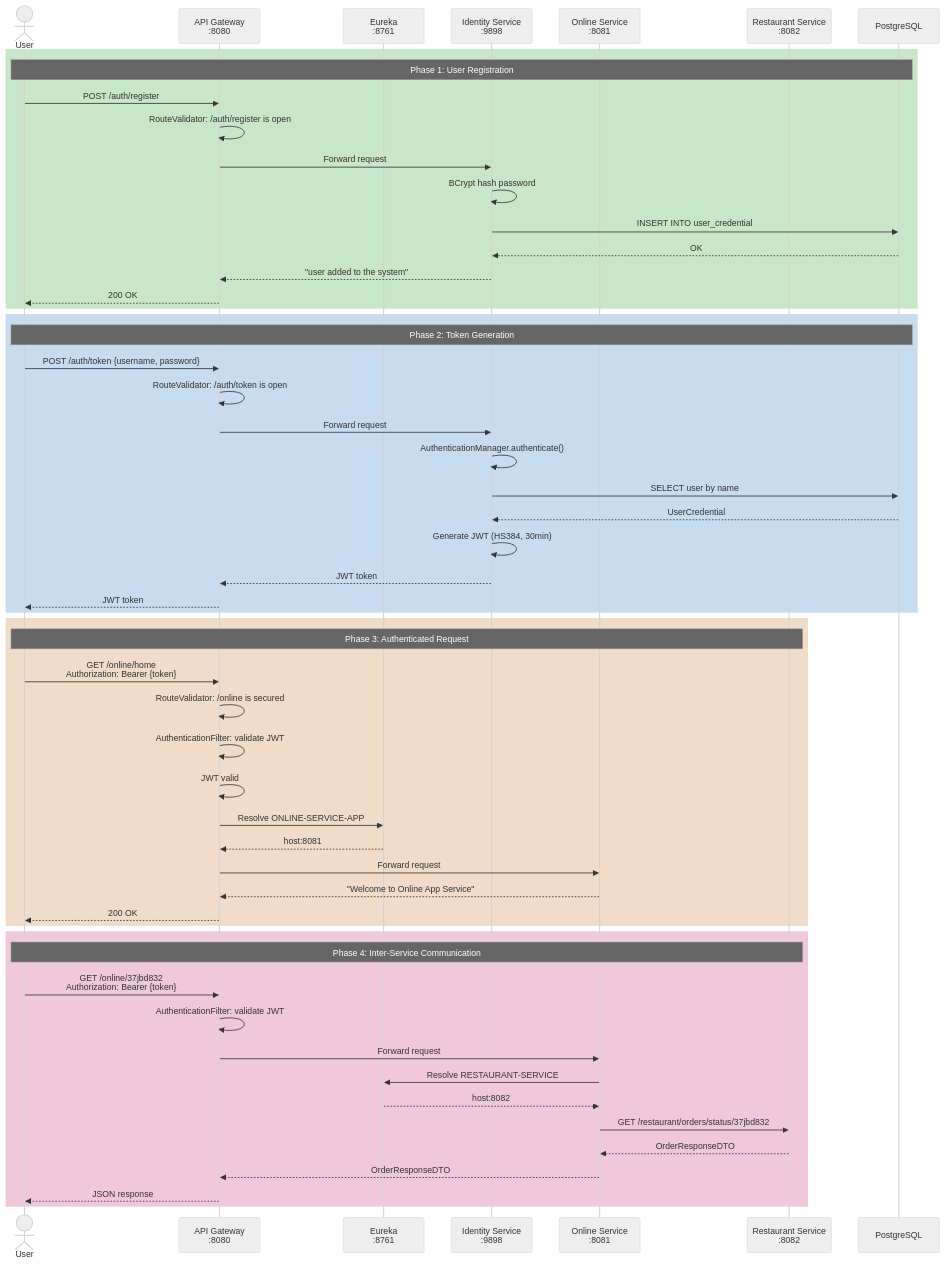
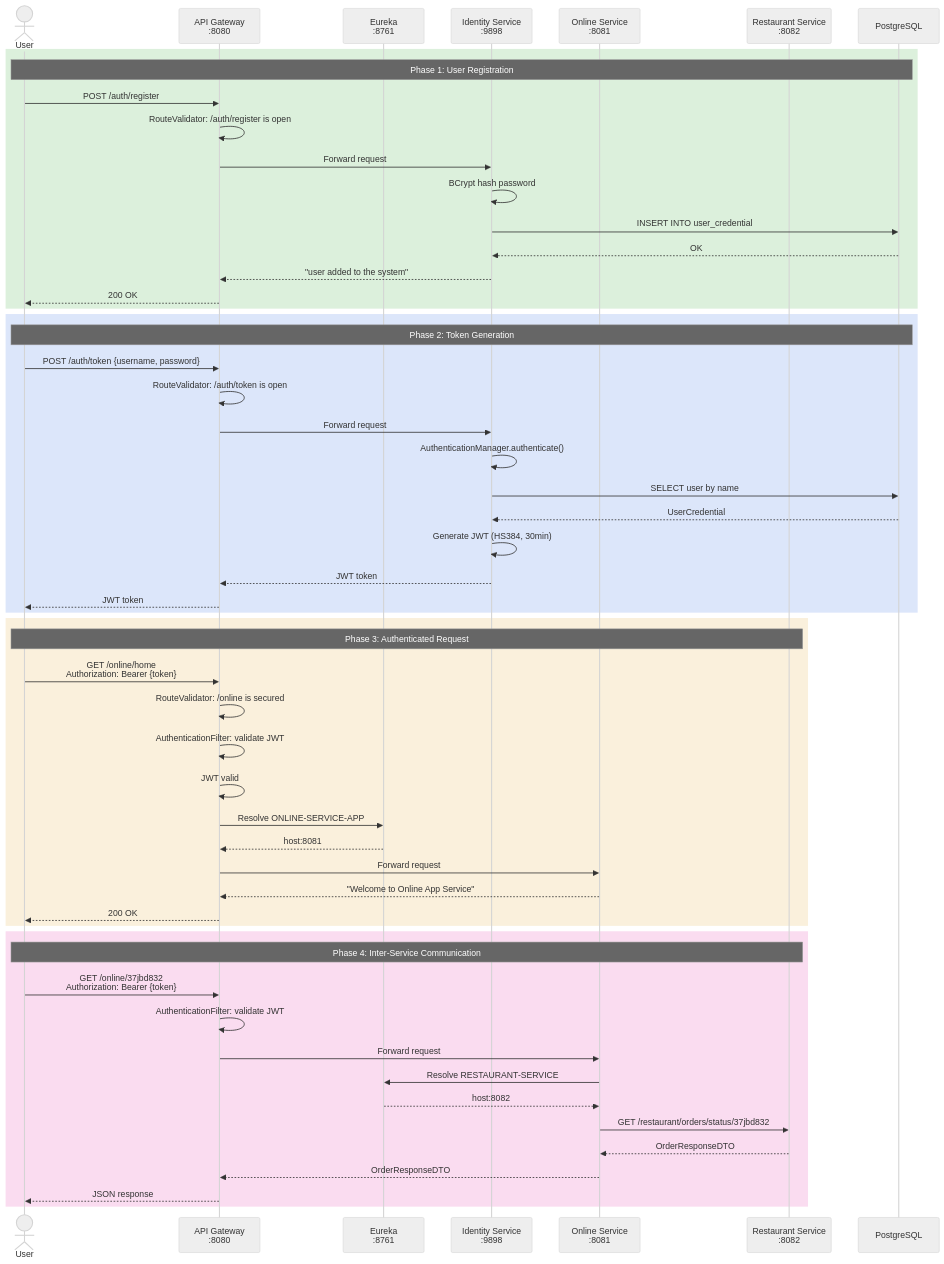
Before and after one commit to sawmikcuet19/auth-microservices: the ninth of 11 diagrams in README.md, drawn with Mermaid (neutral theme). The commit also changed other lines of this file, not shown here.

First line of the commit message:
Fix README mermaid diagram colors for better readability

````diff
--- a/README.md
+++ b/README.md
@@ -351,61 +381,61 @@
 ```mermaid
 sequenceDiagram
     actor User
     participant GW as API Gateway<br/>:8080
     participant E as Eureka<br/>:8761
     participant ID as Identity Service<br/>:9898
     participant ON as Online Service<br/>:8081
     participant REST as Restaurant Service<br/>:8082
     participant DB as PostgreSQL
 
-    rect rgb(200, 230, 200)
+    rect rgb(220, 240, 220)
         Note over User,DB: Phase 1: User Registration
         User->>GW: POST /auth/register
         GW->>GW: RouteValidator: /auth/register is open
         GW->>ID: Forward request
         ID->>ID: BCrypt hash password
         ID->>DB: INSERT INTO user_credential
         DB-->>ID: OK
         ID-->>GW: "user added to the system"
         GW-->>User: 200 OK
     end
 
-    rect rgb(200, 220, 240)
+    rect rgb(220, 230, 250)
         Note over User,DB: Phase 2: Token Generation
         User->>GW: POST /auth/token {username, password}
         GW->>GW: RouteValidator: /auth/token is open
         GW->>ID: Forward request
         ID->>ID: AuthenticationManager.authenticate()
         ID->>DB: SELECT user by name
         DB-->>ID: UserCredential
         ID->>ID: Generate JWT (HS384, 30min)
         ID-->>GW: JWT token
         GW-->>User: JWT token
     end
 
-    rect rgb(240, 220, 200)
+    rect rgb(250, 240, 220)
         Note over User,REST: Phase 3: Authenticated Request
         User->>GW: GET /online/home<br/>Authorization: Bearer {token}
         GW->>GW: RouteValidator: /online is secured
         GW->>GW: AuthenticationFilter: validate JWT
         GW->>GW: JWT valid
         GW->>E: Resolve ONLINE-SERVICE-APP
         E-->>GW: host:8081
         GW->>ON: Forward request
         ON-->>GW: "Welcome to Online App Service"
         GW-->>User: 200 OK
     end
 
-    rect rgb(240, 200, 220)
+    rect rgb(250, 220, 240)
         Note over User,REST: Phase 4: Inter-Service Communication
         User->>GW: GET /online/37jbd832<br/>Authorization: Bearer {token}
         GW->>GW: AuthenticationFilter: validate JWT
         GW->>ON: Forward request
         ON->>E: Resolve RESTAURANT-SERVICE
         E-->>ON: host:8082
         ON->>REST: GET /restaurant/orders/status/37jbd832
         REST-->>ON: OrderResponseDTO
         ON-->>GW: OrderResponseDTO
         GW-->>User: JSON response
     end
 ```
````
